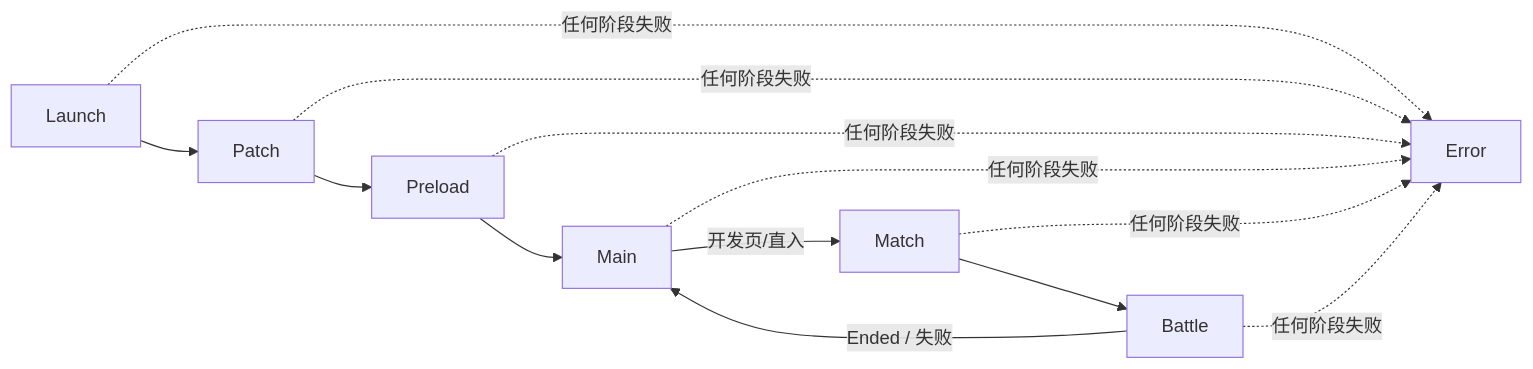
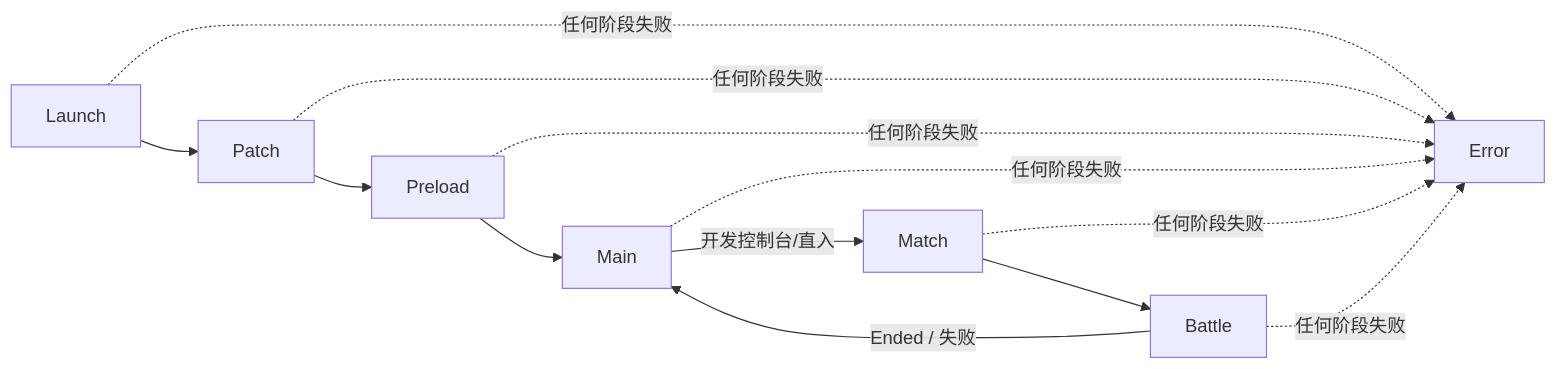
One commit to highhunter777/LiteFrameWork changed the second of 4 diagrams in Docs/项目说明/02-总体流程.md. Above: the diagram before and after it, drawn with Mermaid. The commit also changed other lines of this file and 119 other files, not shown here.

````diff
--- a/Docs/项目说明/02-总体流程.md
+++ b/Docs/项目说明/02-总体流程.md
@@ -47,6 +47,6 @@
 ```mermaid
 flowchart LR
     L[Launch] --> P[Patch] --> PL[Preload] --> M[Main]
-    M -->|开发页/直入| MT[Match] --> B[Battle] -->|Ended / 失败| M
+    M -->|开发控制台/直入| MT[Match] --> B[Battle] -->|Ended / 失败| M
     L & P & PL & M & MT & B -.任何阶段失败.-> E[Error]
 ```
````
